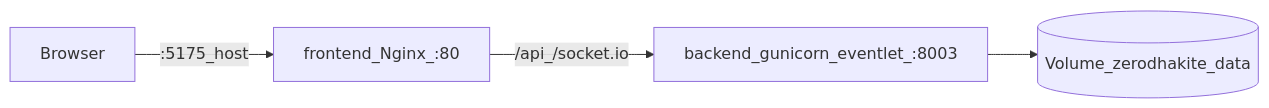
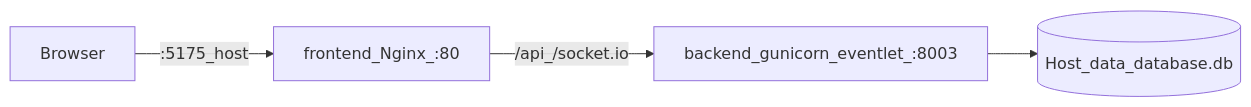
Before and after one commit to endevs/ZerodhaKiteCopy: the diagram in docs/ARCHITECTURE.md, drawn with Mermaid. The commit also changed 17 other files, not shown here.

First line of the commit message:
Fix live Plotly charts, admin Kite credentials, and Docker DB layout

````diff
--- a/docs/ARCHITECTURE.md
+++ b/docs/ARCHITECTURE.md
@@ -3,10 +3,10 @@
 ```mermaid
 flowchart LR
   Browser[Browser]
   Nginx[frontend_Nginx_:80]
   Flask[backend_gunicorn_eventlet_:8003]
-  Vol[(Volume_zerodhakite_data)]
+  Data[(Host_data_database.db)]
   Browser -->|:5175_host| Nginx
   Nginx -->|/api_/socket.io| Flask
-  Flask --> Vol
+  Flask --> Data
 ```
````
